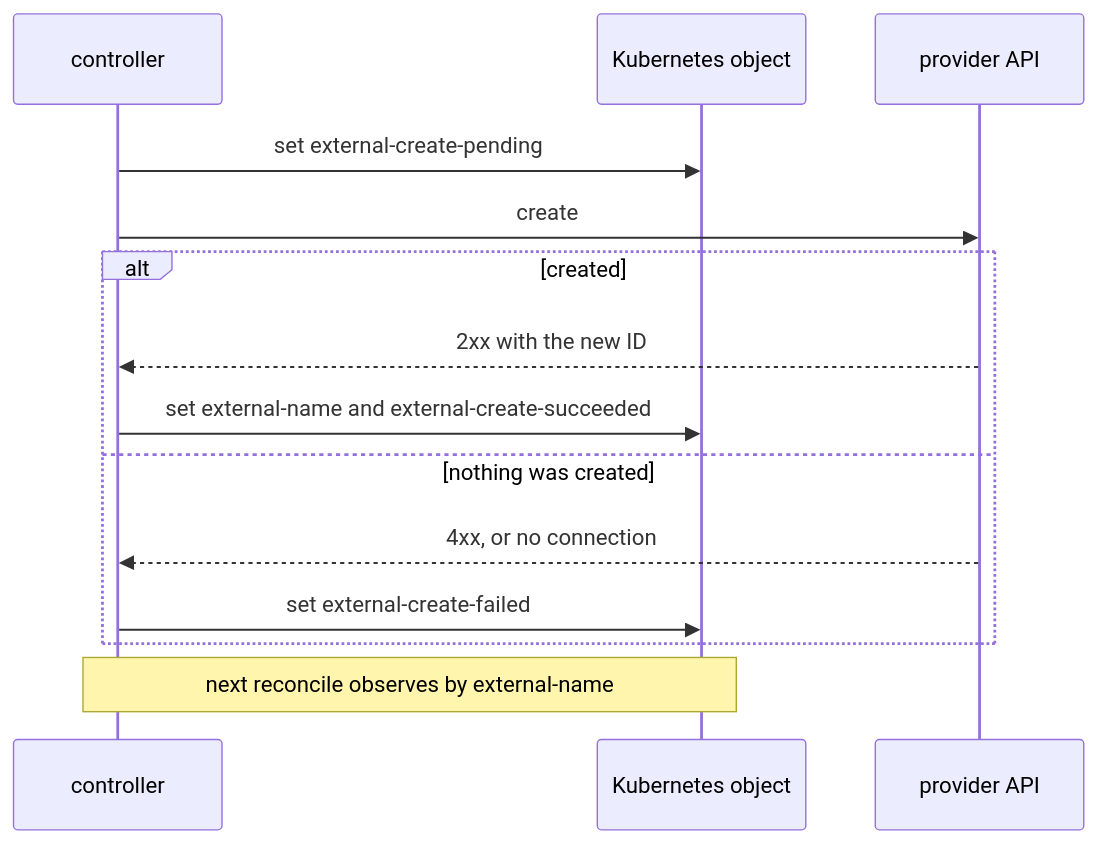
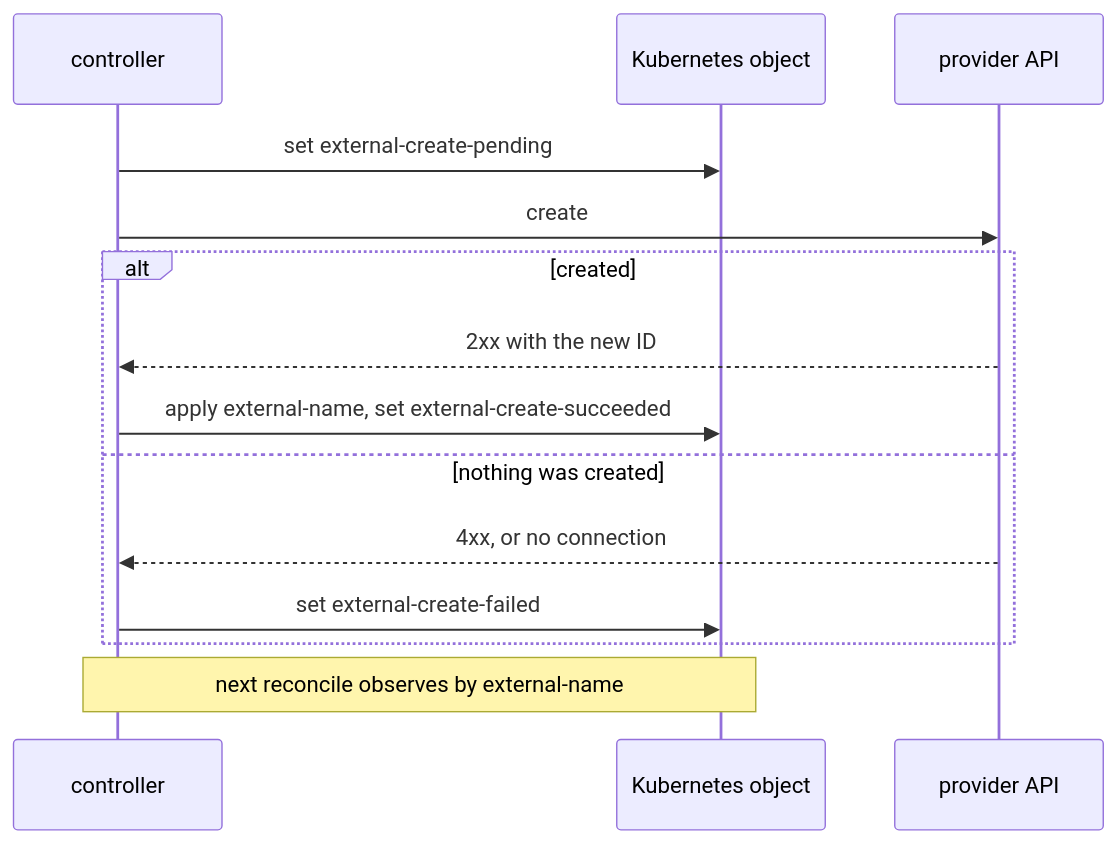
The third of 4 diagrams in docs/explanation/reconciliation.md (anasinnyk/koof), drawn with Mermaid before and after one commit. The commit also changed other lines of this file and 12 other files, not shown here.

Commit message:
feat: co-own the external name annotation with server-side apply

````diff
--- a/docs/explanation/reconciliation.md
+++ b/docs/explanation/reconciliation.md
@@ -79,16 +98,16 @@
 ```mermaid
 sequenceDiagram
     participant C as controller
     participant K as Kubernetes object
     participant A as provider API
     C->>K: set external-create-pending
     C->>A: create
     alt created
         A-->>C: 2xx with the new ID
-        C->>K: set external-name and external-create-succeeded
+        C->>K: apply external-name, set external-create-succeeded
     else nothing was created
         A-->>C: 4xx, or no connection
         C->>K: set external-create-failed
     end
     Note over C,K: next reconcile observes by external-name
 ```
````
